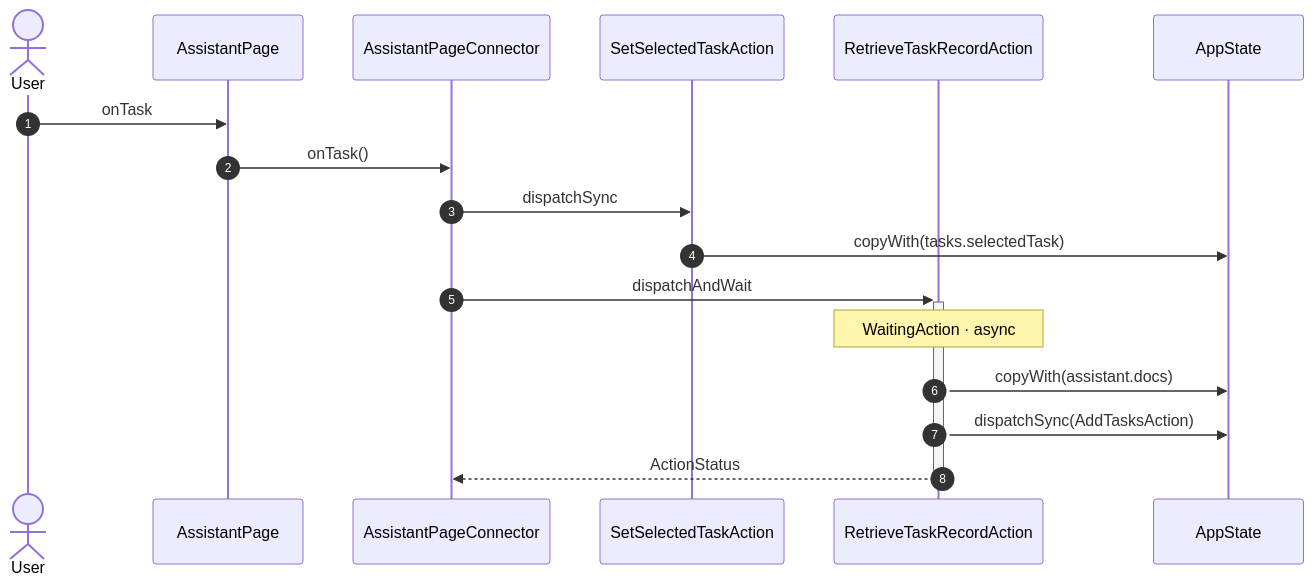
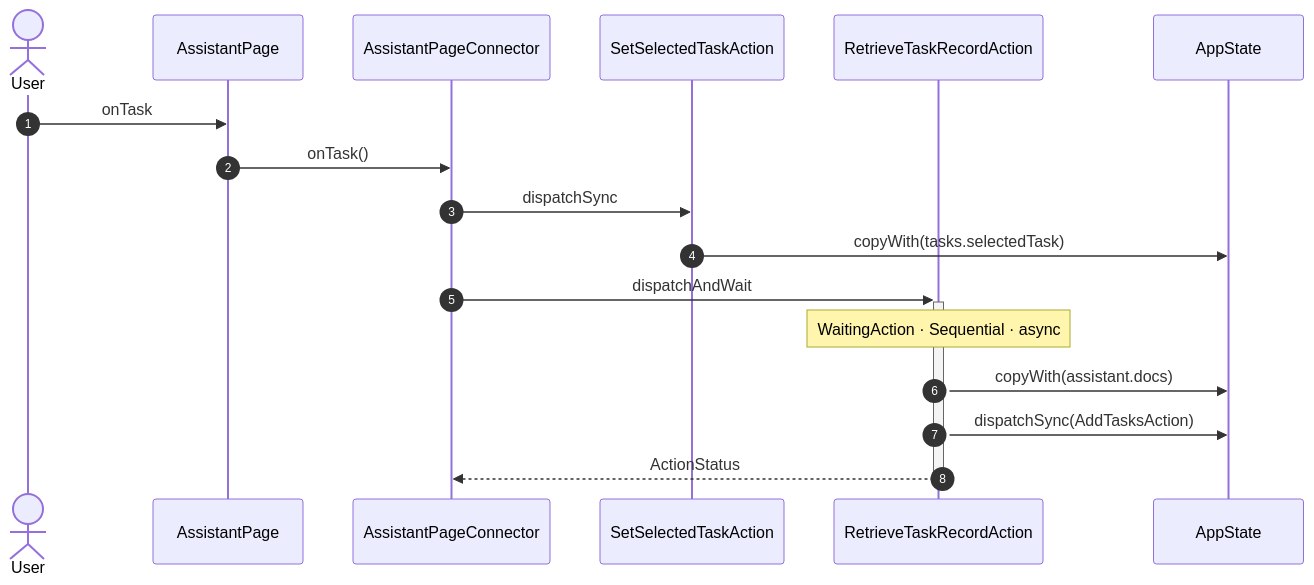
The third of 8 diagrams in studio/docs/flows/assistant.md (gencto/wyrm), drawn with Mermaid before and after one commit. The commit also changed other lines of this file and 3 other files, not shown here.

````diff
--- a/studio/docs/flows/assistant.md
+++ b/studio/docs/flows/assistant.md
@@ -68,20 +68,20 @@
 ```mermaid
 sequenceDiagram
     autonumber
     actor User
     participant UI as AssistantPage
     participant VM as AssistantPageConnector
     participant A1 as SetSelectedTaskAction
     participant A2 as RetrieveTaskRecordAction
     participant ST as AppState
 
     User->>UI: onTask
     UI->>VM: onTask()
     VM->>A1: dispatchSync
     A1->>ST: copyWith(tasks.selectedTask)
     VM->>+A2: dispatchAndWait
-    Note over A2: WaitingAction · async
+    Note over A2: WaitingAction · Sequential · async
     A2->>ST: copyWith(assistant.docs)
     A2->>ST: dispatchSync(AddTasksAction)
     A2-->>-VM: ActionStatus
 ```
````
